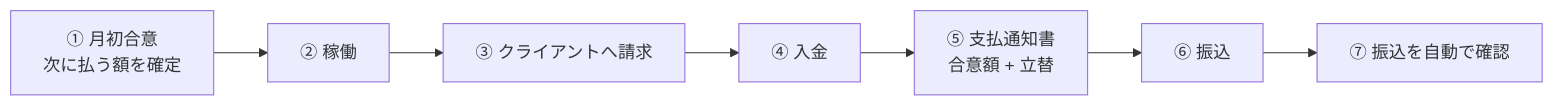
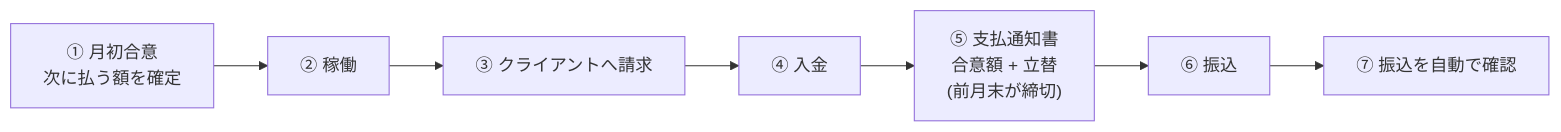
One commit to masa-teamarmada/amd-os changed the first of 6 diagrams in pwa/manual/6-12-member-payout-flow.md. Above: the diagram before and after it, drawn with Mermaid. The commit also changed other lines of this file and 6 other files, not shown here.

````diff
--- a/pwa/manual/6-12-member-payout-flow.md
+++ b/pwa/manual/6-12-member-payout-flow.md
@@ -19,9 +19,9 @@
 ```mermaid
 flowchart LR
   A["① 月初合意<br/>次に払う額を確定"] --> B["② 稼働"]
   B --> C["③ クライアントへ請求"]
   C --> D["④ 入金"]
-  D --> E["⑤ 支払通知書<br/>合意額 + 立替"]
+  D --> E["⑤ 支払通知書<br/>合意額 + 立替<br/>(前月末が締切)"]
   E --> F["⑥ 振込"]
   F --> G["⑦ 振込を自動で確認"]
 ```
````
